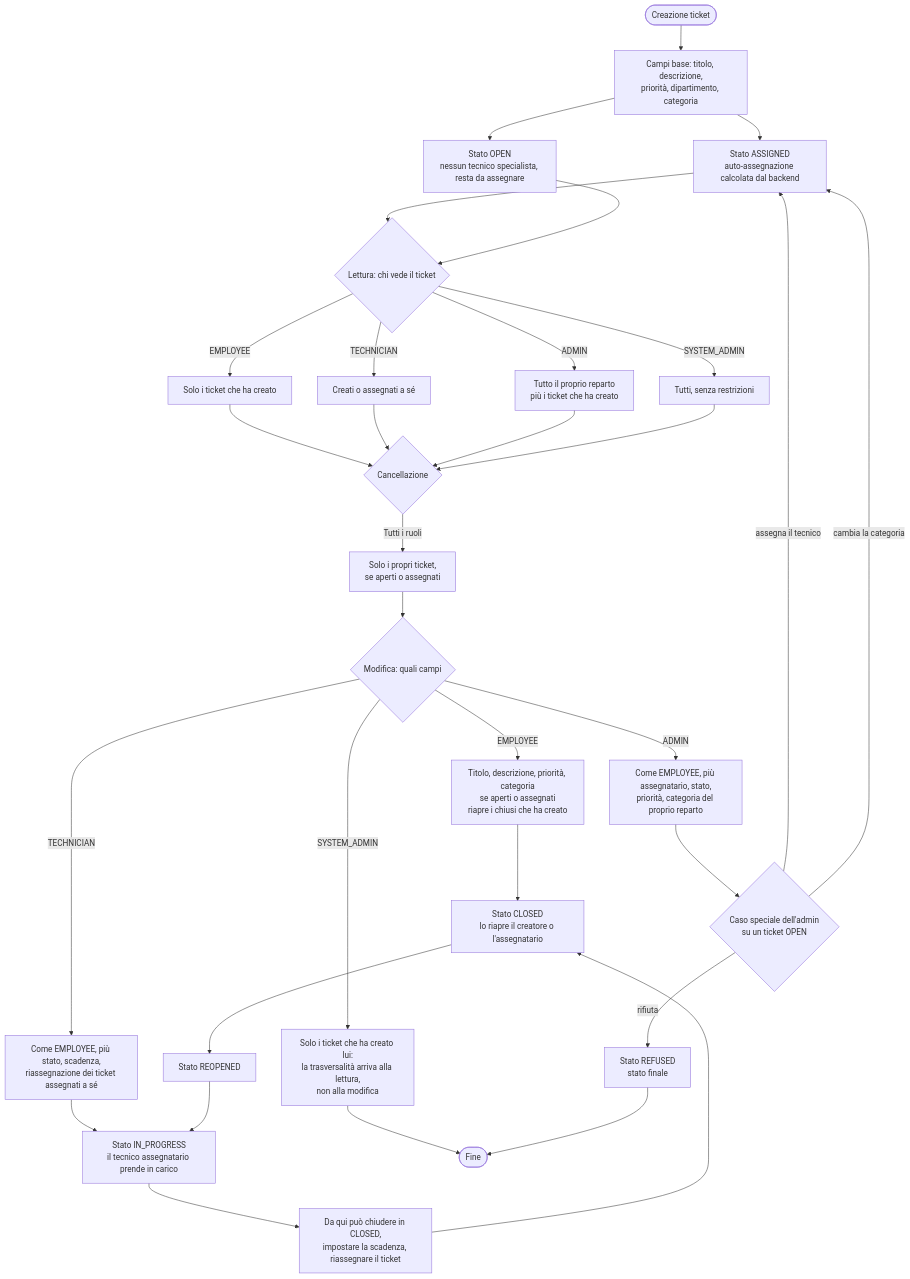
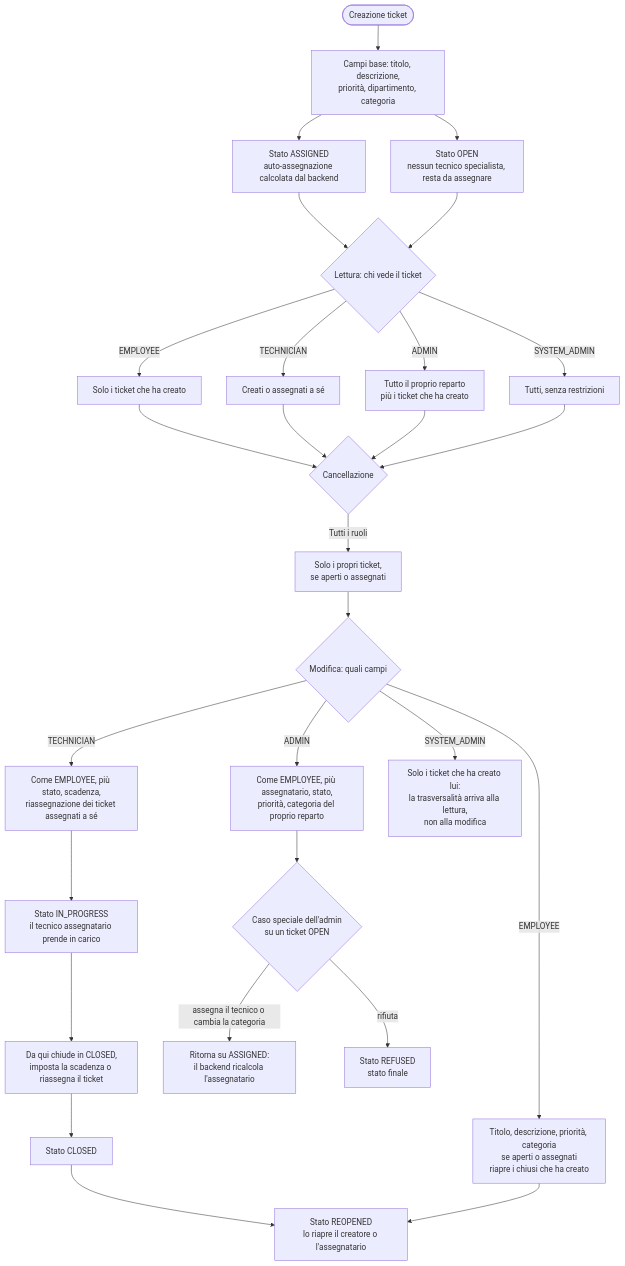
One commit to angelapedicini/helpdesk changed the diagram in docs/authorization.md. Above: the diagram before and after it, drawn with Mermaid. The commit also changed other lines of this file, not shown here.

Commit message:
modifiche documentazione per schema vita2

````diff
--- a/docs/authorization.md
+++ b/docs/authorization.md
@@ -42,54 +42,36 @@
 ```mermaid
-flowchart TD
-  START([Creazione ticket]) --> BASE["Campi base: titolo, descrizione,<br/>priorità, dipartimento, categoria"]
-
-  BASE --> S1["Stato ASSIGNED<br/>auto-assegnazione calcolata dal backend"]
-  BASE --> S2["Stato OPEN<br/>nessun tecnico specialista, resta da assegnare"]
-
-  S1 --> READ
+flowchart TB
+  START(["Creazione ticket"]) --> BASE["Campi base: titolo, descrizione,<br>priorità, dipartimento, categoria"]
+  BASE --> S1["Stato ASSIGNED<br>auto-assegnazione calcolata dal backend"] & S2["Stato OPEN<br>nessun tecnico specialista, resta da assegnare"]
+  S1 --> READ{"Lettura: chi vede il ticket"}
   S2 --> READ
-  READ{"Lettura: chi vede il ticket"}
-
-  READ -->|EMPLOYEE| R1["Solo i ticket che ha creato"]
-  READ -->|TECHNICIAN| R2["Creati o assegnati a sé"]
-  READ -->|ADMIN| R3["Tutto il proprio reparto<br/>più i ticket che ha creato"]
-  READ -->|SYSTEM_ADMIN| R4["Tutti, senza restrizioni"]
-
-  R1 --> DEL
+  READ -- EMPLOYEE --> R1["Solo i ticket che ha creato"]
+  READ -- TECHNICIAN --> R2["Creati o assegnati a sé"]
+  READ -- ADMIN --> R3["Tutto il proprio reparto<br>più i ticket che ha creato"]
+  READ -- SYSTEM_ADMIN --> R4["Tutti, senza restrizioni"]
+  R1 --> DEL{"Cancellazione"}
   R2 --> DEL
   R3 --> DEL
   R4 --> DEL
-
-  DEL{"Cancellazione"}
-  DEL -->|Tutti i ruoli| D1["Solo i propri ticket,<br/>se aperti o assegnati"]
-  D1 --> UPD
-
-  UPD{"Modifica: quali campi"}
-  UPD -->|EMPLOYEE| U1["Titolo, descrizione, priorità, categoria<br/>se aperti o assegnati<br/>riapre i chiusi che ha creato"]
-  UPD -->|TECHNICIAN| U2["Come EMPLOYEE, più stato, scadenza,<br/>riassegnazione dei ticket assegnati a sé"]
-  UPD -->|ADMIN| U3["Come EMPLOYEE, più assegnatario, stato,<br/>priorità, categoria del proprio reparto"]
-  UPD -->|SYSTEM_ADMIN| U4["Solo i ticket che ha creato lui:<br/>la trasversalità arriva alla lettura,<br/>non alla modifica"]
-
-  U2 --> INPROG["Stato IN_PROGRESS<br/>il tecnico assegnatario prende in carico"]
-  INPROG --> CONS["Da qui può chiudere in CLOSED,<br/>impostare la scadenza, riassegnare il ticket"]
-
-  U3 --> SPEC{"Caso speciale dell'admin<br/>su un ticket OPEN"}
-  SPEC -->|assegna il tecnico| S1
-  SPEC -->|cambia la categoria| S1
-  SPEC -->|rifiuta| REF["Stato REFUSED<br/>stato finale"]
-
-  U1 --> CLOSED["Stato CLOSED<br/>lo riapre il creatore o l'assegnatario"]
-  CONS --> CLOSED
-  CLOSED --> REOP["Stato REOPENED"]
-  REOP --> INPROG
-
-  U4 --> FIN([Fine])
-  REF --> FIN
+  DEL -- Tutti i ruoli --> D1["Solo i propri ticket,<br>se aperti o assegnati"]
+  D1 --> UPD{"Modifica: quali campi"}
+  UPD -- EMPLOYEE --> U1["Titolo, descrizione, priorità, categoria<br>se aperti o assegnati<br>riapre i chiusi che ha creato"]
+  UPD -- TECHNICIAN --> U2["Come EMPLOYEE, più stato, scadenza,<br>riassegnazione dei ticket assegnati a sé"]
+  UPD -- ADMIN --> U3["Come EMPLOYEE, più assegnatario, stato,<br>priorità, categoria del proprio reparto"]
+  UPD -- SYSTEM_ADMIN --> U4["Solo i ticket che ha creato lui:<br>la trasversalità arriva alla lettura,<br>non alla modifica"]
+  U2 --> INPROG["Stato IN_PROGRESS<br>il tecnico assegnatario prende in carico"]
+  INPROG --> CONS["Da qui chiude in CLOSED,<br>imposta la scadenza o riassegna il ticket"]
+  CONS --> CLOSED["Stato CLOSED"]
+  CLOSED --> REOP["Stato REOPENED<br>lo riapre il creatore o l'assegnatario"]
+  U3 --> SPEC{"Caso speciale dell'admin<br>su un ticket OPEN"}
+  SPEC -- assegna il tecnico o cambia la categoria --> BACK["Ritorna su ASSIGNED:<br>il backend ricalcola l'assegnatario"]
+  SPEC -- rifiuta --> REF["Stato REFUSED<br>stato finale"]
+  U1 --> REOP
 
   classDef ok fill:#e8f5e9,stroke:#43a047,color:#1b5e20
   classDef limit fill:#fff3e0,stroke:#fb8c00,color:#e65100
   classDef stato fill:#e3f2fd,stroke:#1565c0,color:#0d47a1
-  class ok R1,R2,R3,R4,U1,U2,U3,CONS,D1
+  class ok R1,R2,R3,R4,U1,U2,U3,D1
   class limit U4
   class stato S1,S2,INPROG,CLOSED,REOP,REF
 ```
````
